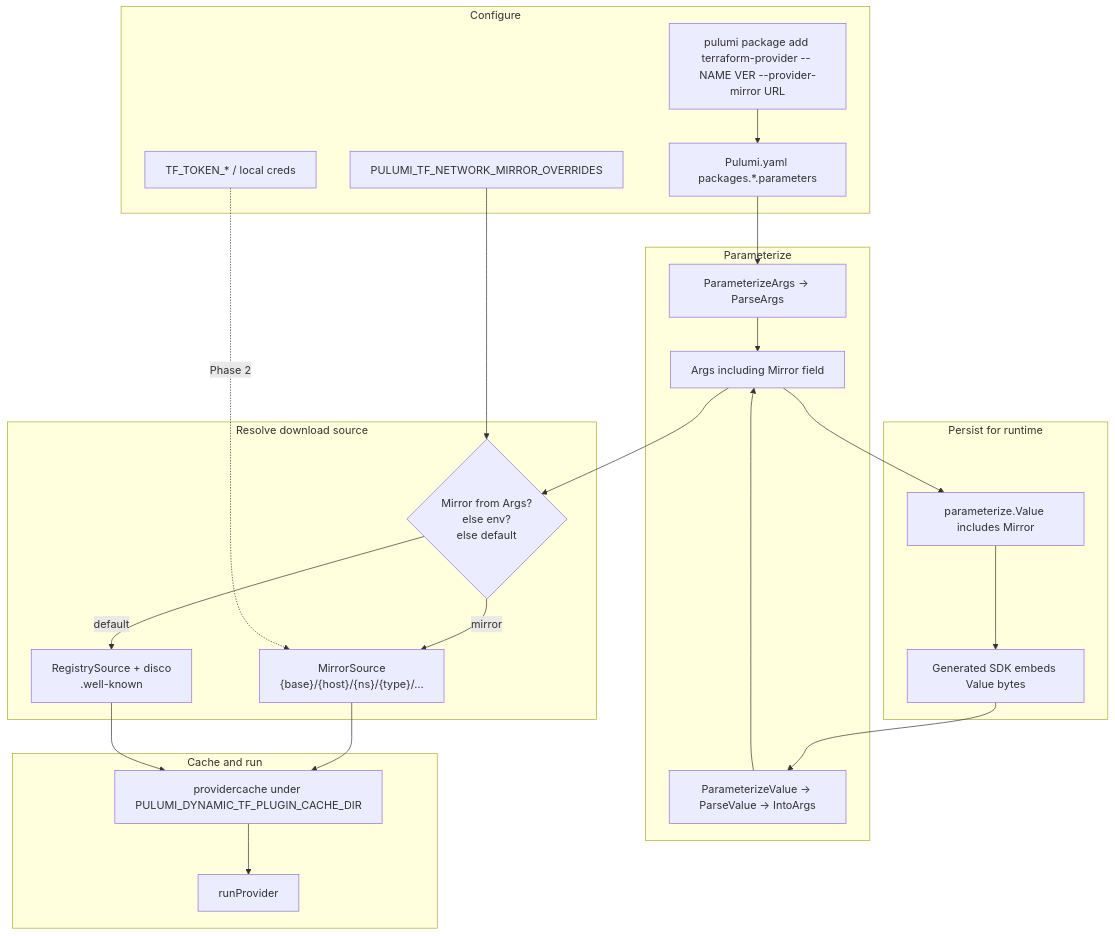
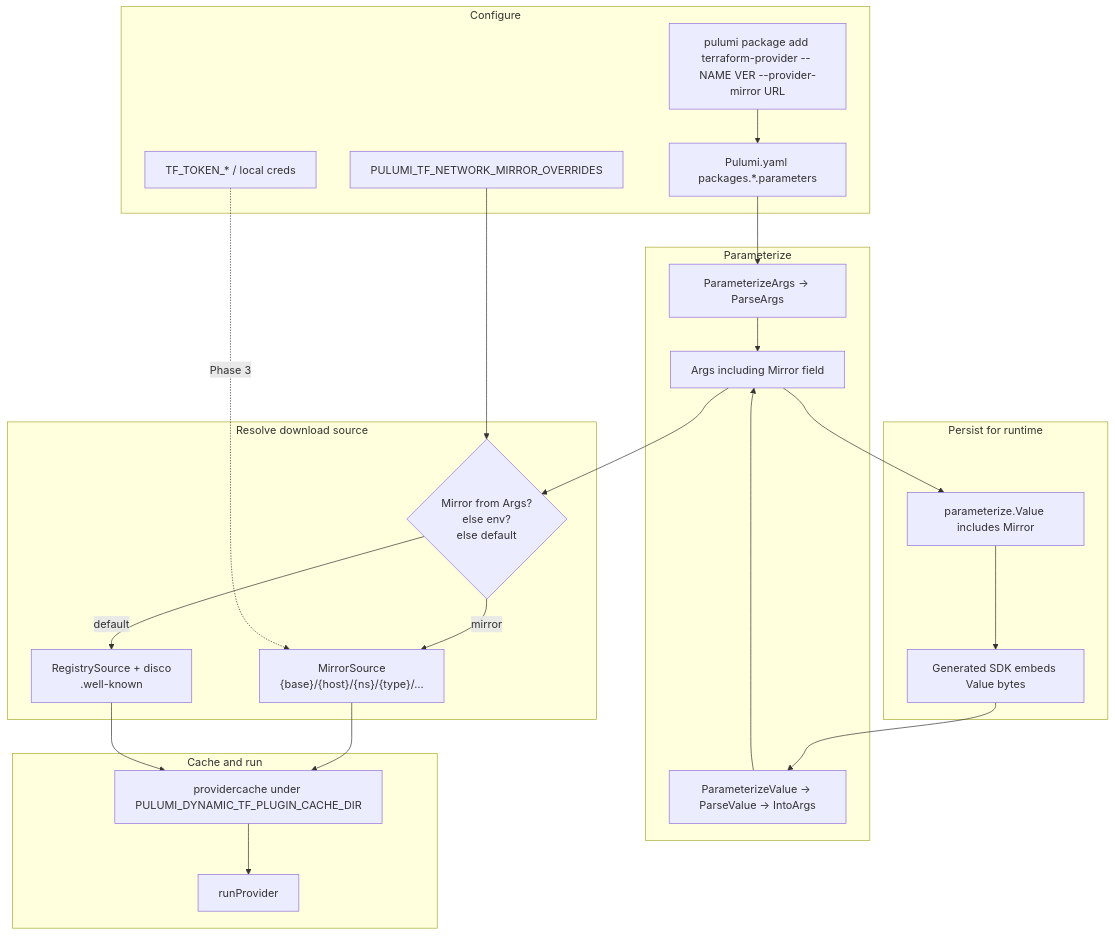
One commit to pulumi/pulumi-terraform-bridge changed the diagram in docs/superpowers/specs/2026-07-23-network-mirror-design.md. Above: the diagram before and after it, drawn with Mermaid. The commit also changed other lines of this file and 1 other file, not shown here.

````diff
--- a/docs/superpowers/specs/2026-07-23-network-mirror-design.md
+++ b/docs/superpowers/specs/2026-07-23-network-mirror-design.md
@@ -273,47 +272,47 @@
 ```mermaid
 flowchart TD
   subgraph configure [Configure]
     CLI["pulumi package add terraform-provider -- NAME VER --provider-mirror URL"]
     YAML["Pulumi.yaml packages.*.parameters"]
     ENV["PULUMI_TF_NETWORK_MIRROR_OVERRIDES"]
     TOKEN["TF_TOKEN_* / local creds"]
   end
 
   subgraph parameterize [Parameterize]
     ARGS["ParameterizeArgs → ParseArgs"]
     VAL["ParameterizeValue → ParseValue → IntoArgs"]
     MERGE["Args including Mirror field"]
   end
 
   subgraph resolve [Resolve download source]
     PREC{"Mirror from Args?\nelse env?\nelse default"}
     MS["MirrorSource\n{base}/{host}/{ns}/{type}/…"]
     REG["RegistrySource + disco\n.well-known"]
   end
 
   subgraph cache [Cache and run]
     CACHE["providercache under PULUMI_DYNAMIC_TF_PLUGIN_CACHE_DIR"]
     RUN["runProvider"]
   end
 
   subgraph embed [Persist for runtime]
     VALUE["parameterize.Value includes Mirror"]
     SDK["Generated SDK embeds Value bytes"]
   end
 
   CLI --> YAML
   YAML --> ARGS
   SDK --> VAL
   ARGS --> MERGE
   VAL --> MERGE
   ENV --> PREC
   MERGE --> PREC
   PREC -->|mirror| MS
   PREC -->|default| REG
-  TOKEN -.->|Phase 2| MS
+  TOKEN -.->|Phase 3| MS
   MS --> CACHE
   REG --> CACHE
   CACHE --> RUN
   MERGE --> VALUE
   VALUE --> SDK
 ```
````
